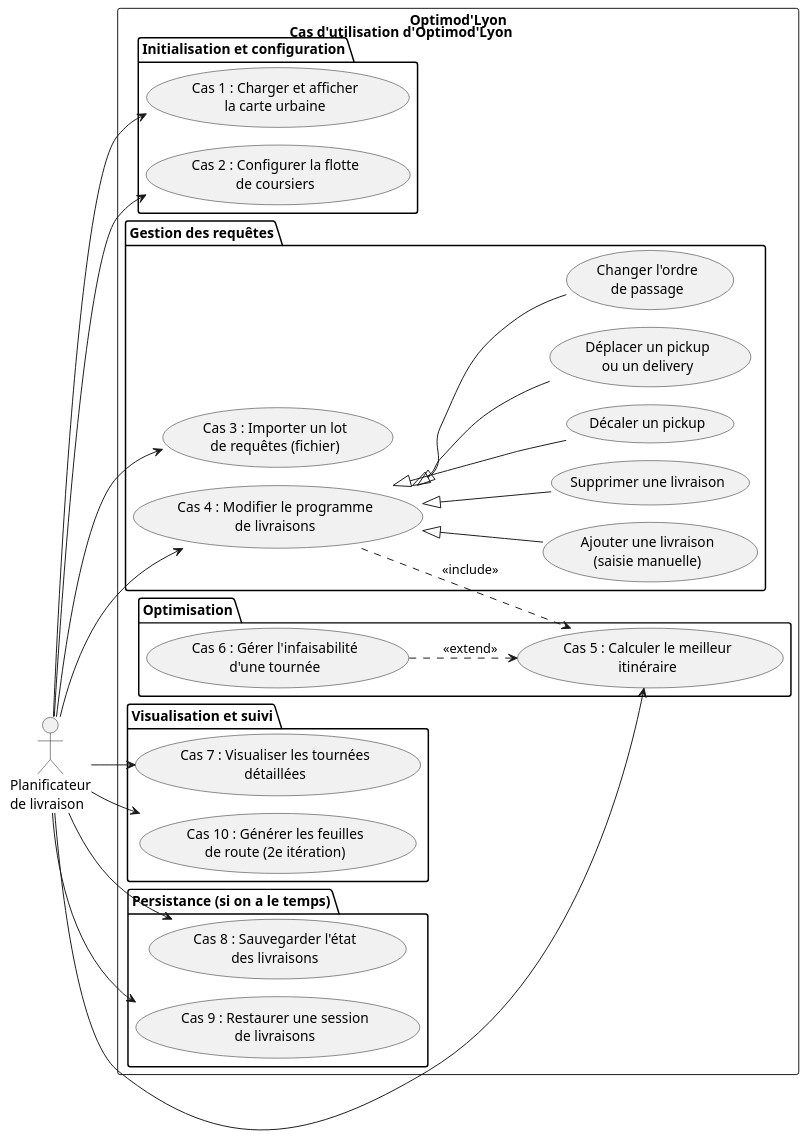
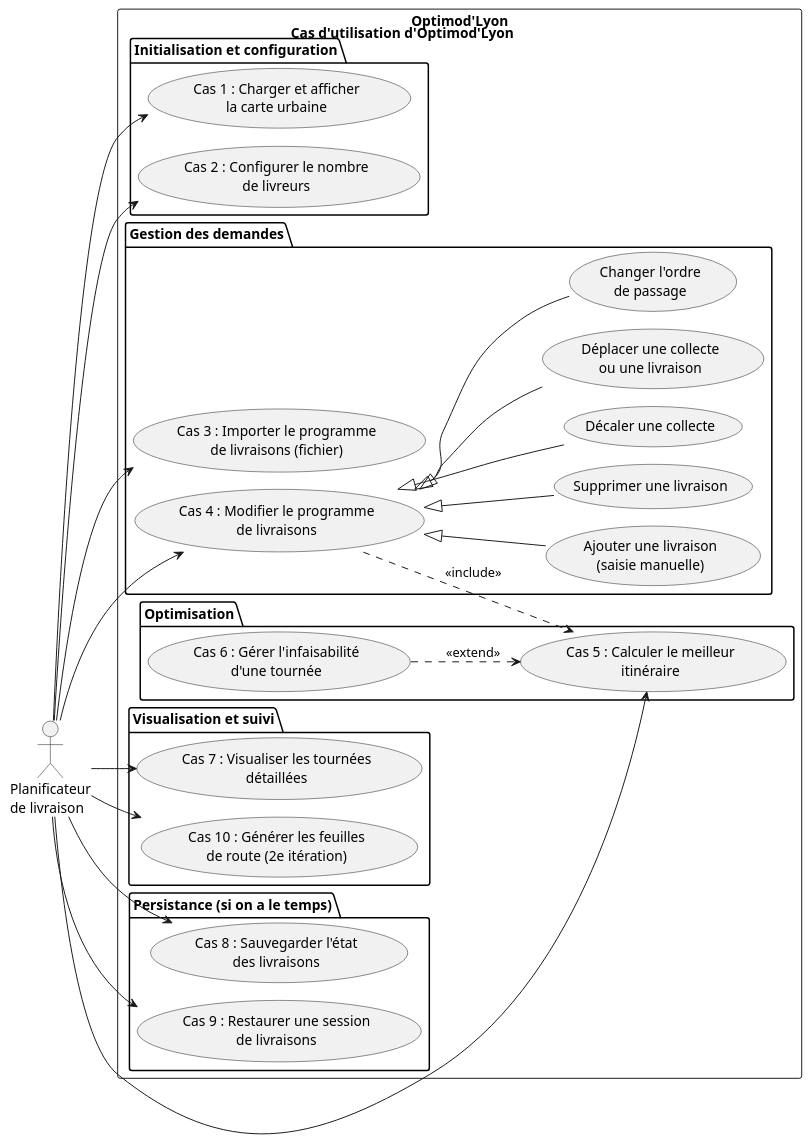
Before and after one commit to tristanhp/Optimod-Lyon: the diagram in docs/diagrams/use-cases.puml, drawn with PlantUML. The commit also changed 65 other files, not shown here.

```diff
--- a/docs/diagrams/use-cases.puml
+++ b/docs/diagrams/use-cases.puml
@@ -1,54 +1,54 @@
 @startuml use-cases
 !pragma layout smetana
 title Cas d'utilisation d'Optimod'Lyon
 left to right direction
 
 actor "Planificateur\nde livraison" as Planificateur
 
 rectangle "Optimod'Lyon" {
     package "Initialisation et configuration" {
         usecase "Cas 1 : Charger et afficher\nla carte urbaine" as UC1
-        usecase "Cas 2 : Configurer la flotte\nde coursiers" as UC2
+        usecase "Cas 2 : Configurer le nombre\nde livreurs" as UC2
     }
-    package "Gestion des requêtes" {
-        usecase "Cas 3 : Importer un lot\nde requêtes (fichier)" as UC3
+    package "Gestion des demandes" {
+        usecase "Cas 3 : Importer le programme\nde livraisons (fichier)" as UC3
         usecase "Cas 4 : Modifier le programme\nde livraisons" as UC4
         usecase "Ajouter une livraison\n(saisie manuelle)" as UC4a
         usecase "Supprimer une livraison" as UC4b
-        usecase "Décaler un pickup" as UC4c
-        usecase "Déplacer un pickup\nou un delivery" as UC4d
+        usecase "Décaler une collecte" as UC4c
+        usecase "Déplacer une collecte\nou une livraison" as UC4d
         usecase "Changer l'ordre\nde passage" as UC4e
     }
     package "Optimisation" {
         usecase "Cas 5 : Calculer le meilleur\nitinéraire" as UC5
         usecase "Cas 6 : Gérer l'infaisabilité\nd'une tournée" as UC6
     }
     package "Visualisation et suivi" {
         usecase "Cas 7 : Visualiser les tournées\ndétaillées" as UC7
         usecase "Cas 10 : Générer les feuilles\nde route (2e itération)" as UC10
     }
     package "Persistance (si on a le temps)" {
         usecase "Cas 8 : Sauvegarder l'état\ndes livraisons" as UC8
         usecase "Cas 9 : Restaurer une session\nde livraisons" as UC9
     }
 }
 
 Planificateur --> UC1
 Planificateur --> UC2
 Planificateur --> UC3
 Planificateur --> UC4
 Planificateur --> UC5
 Planificateur --> UC7
 Planificateur --> UC10
 Planificateur --> UC8
 Planificateur --> UC9
 
 UC4 <|-- UC4a
 UC4 <|-- UC4b
 UC4 <|-- UC4c
 UC4 <|-- UC4d
 UC4 <|-- UC4e
 
 UC4 ..> UC5 : <<include>>
 UC6 ..> UC5 : <<extend>>
 @enduml
```
